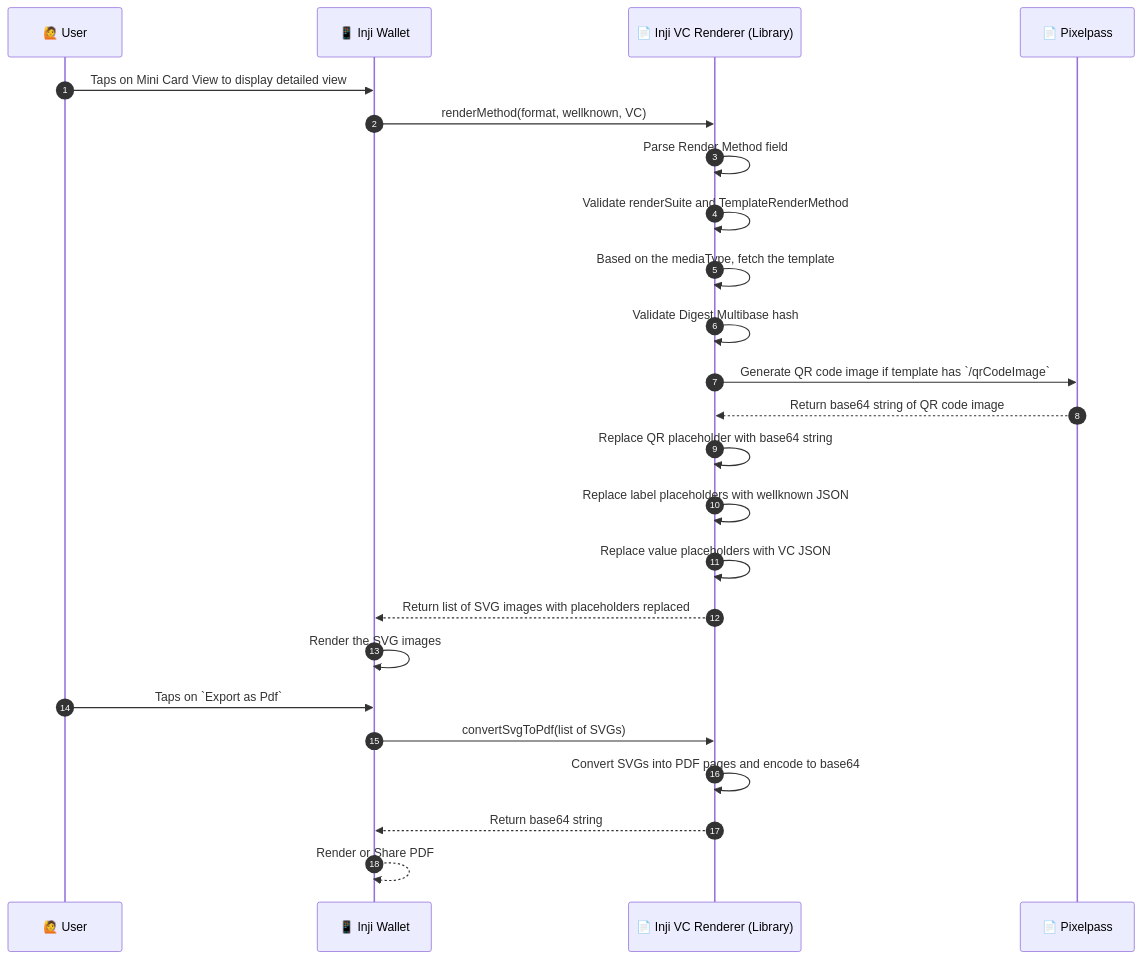
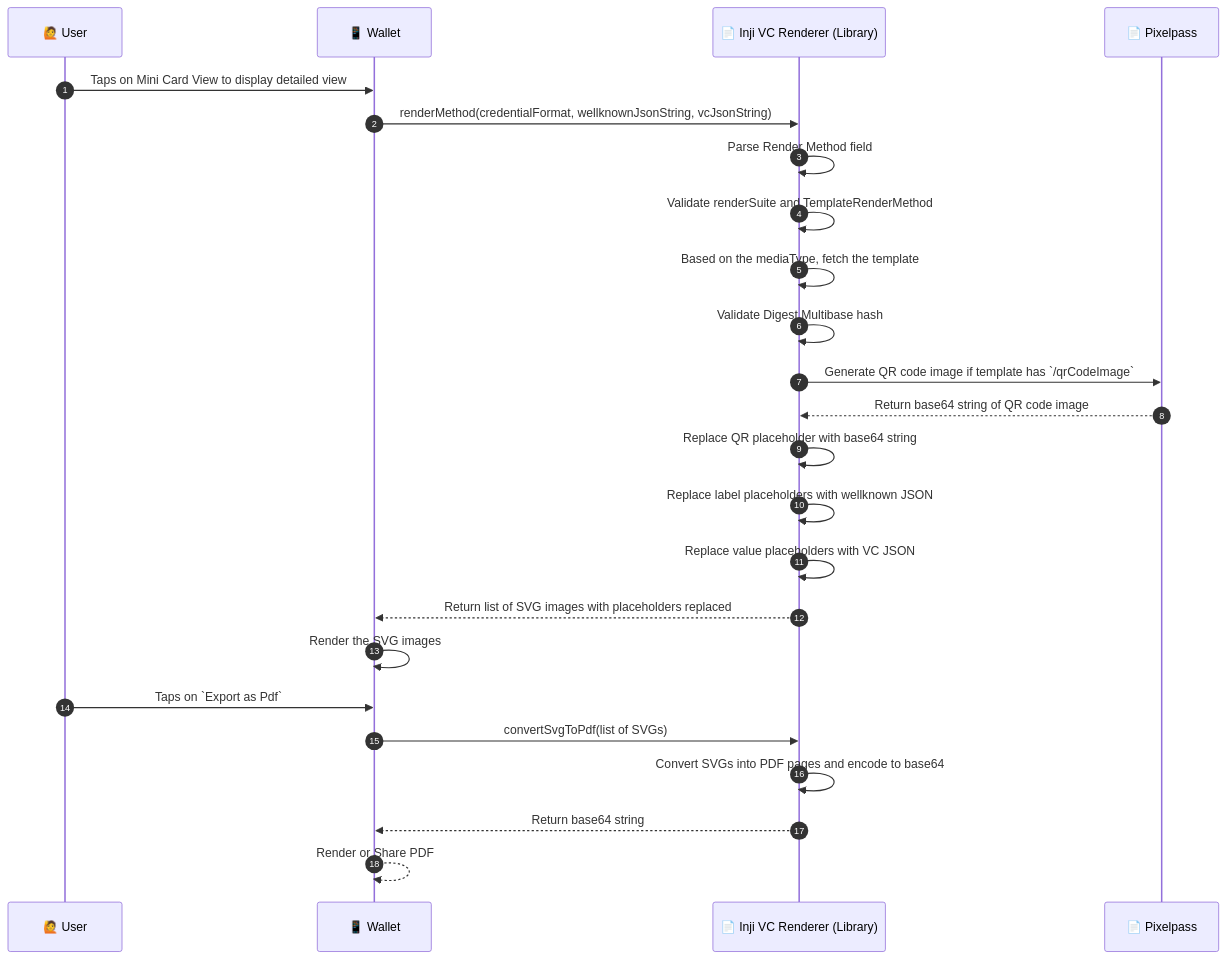
The diagram in kotlin/docs/inji-vc-renderer-flow.md (tw-mosip/inji-vc-renderer), drawn with Mermaid before and after one commit. The commit also changed other lines of this file and 1 other file, not shown here.

````diff
--- a/kotlin/docs/inji-vc-renderer-flow.md
+++ b/kotlin/docs/inji-vc-renderer-flow.md
@@ -13,33 +13,33 @@
 ```mermaid
 sequenceDiagram
     autonumber
   participant User as 🙋 User
-  participant Wallet as  📱 Inji Wallet
+  participant Wallet as  📱 Wallet
   participant Renderer_Lib as 📄 Inji VC Renderer (Library)
   participant Pixelpass as 📄 Pixelpass
 
     %% --- API: renderMethod ---
     User->>Wallet:Taps on Mini Card View to display detailed view
-    Wallet->>Renderer_Lib: renderMethod(format, wellknown, VC)
+    Wallet->>Renderer_Lib: renderMethod(credentialFormat, wellknownJsonString, vcJsonString)
     Renderer_Lib ->> Renderer_Lib: Parse Render Method field
     Renderer_Lib ->> Renderer_Lib: Validate renderSuite and TemplateRenderMethod
     Renderer_Lib ->> Renderer_Lib: Based on the mediaType, fetch the template
     Renderer_Lib ->> Renderer_Lib: Validate Digest Multibase hash
 
     Renderer_Lib ->> Pixelpass: Generate QR code image if template has `/qrCodeImage`
     Pixelpass -->> Renderer_Lib: Return base64 string of QR code image
     Renderer_Lib ->> Renderer_Lib: Replace QR placeholder with base64 string
     Renderer_Lib ->> Renderer_Lib: Replace label placeholders with wellknown JSON
     Renderer_Lib ->> Renderer_Lib: Replace value placeholders with VC JSON
 
 
     Renderer_Lib -->> Wallet: Return list of SVG images with placeholders replaced
     Wallet->>Wallet: Render the SVG images
 
     %% --- API: convertSvgToPdf ---
     User->>Wallet:Taps on `Export as Pdf`
     Wallet->>Renderer_Lib: convertSvgToPdf(list of SVGs)
     Renderer_Lib ->> Renderer_Lib: Convert SVGs into PDF pages and encode to base64
     Renderer_Lib -->> Wallet: Return base64 string
     Wallet -->> Wallet: Render or Share PDF
 ```
````
